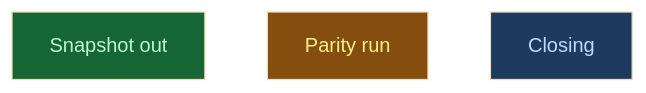
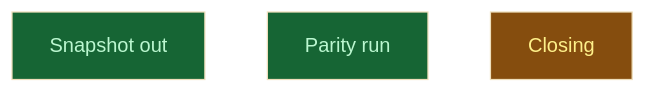
One commit to CrackingShells/Candler changed the diagram in __roadmap__/integrity/causes/checkpoint/snapshot/review/dogfood/parity/answered/recorded/README.md. Above: the diagram before and after it, drawn with Mermaid (base theme). The commit also changed other lines of this file and 3 other files, not shown here.

Commit message:
rdm(api): close the parity run and open the closing

````diff
--- a/__roadmap__/integrity/causes/checkpoint/snapshot/review/dogfood/parity/answered/recorded/README.md
+++ b/__roadmap__/integrity/causes/checkpoint/snapshot/review/dogfood/parity/answered/recorded/README.md
@@ -16,11 +16,11 @@
 ```mermaid
 graph TD
     snapshot_out[Snapshot out]:::done
-    parity_run[Parity run]:::inprogress
-    closing[Closing]:::amendment
+    parity_run[Parity run]:::done
+    closing[Closing]:::inprogress
     classDef done       fill:#166534,color:#bbf7d0
     classDef inprogress fill:#854d0e,color:#fef08a
     classDef planned    fill:#374151,color:#e5e7eb
     classDef amendment  fill:#1e3a5f,color:#bfdbfe
     classDef blocked    fill:#7f1d1d,color:#fecaca
 ```
````
